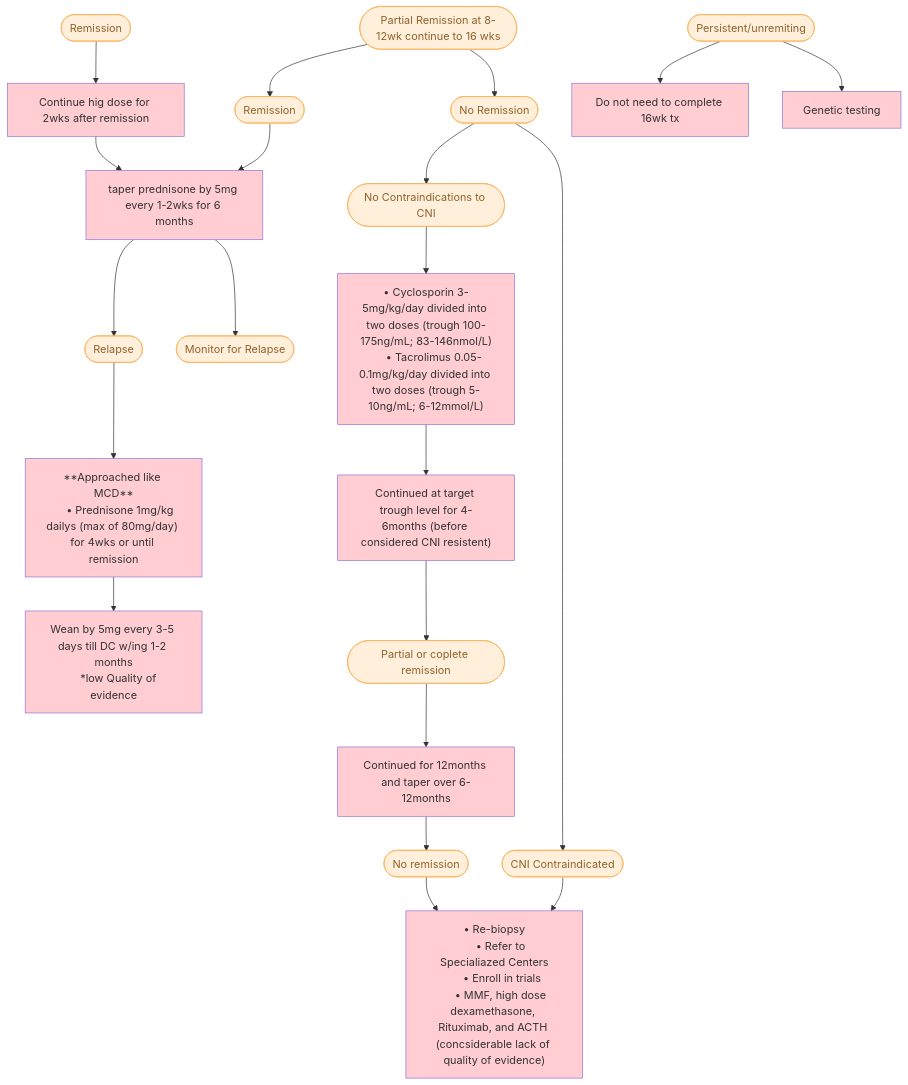
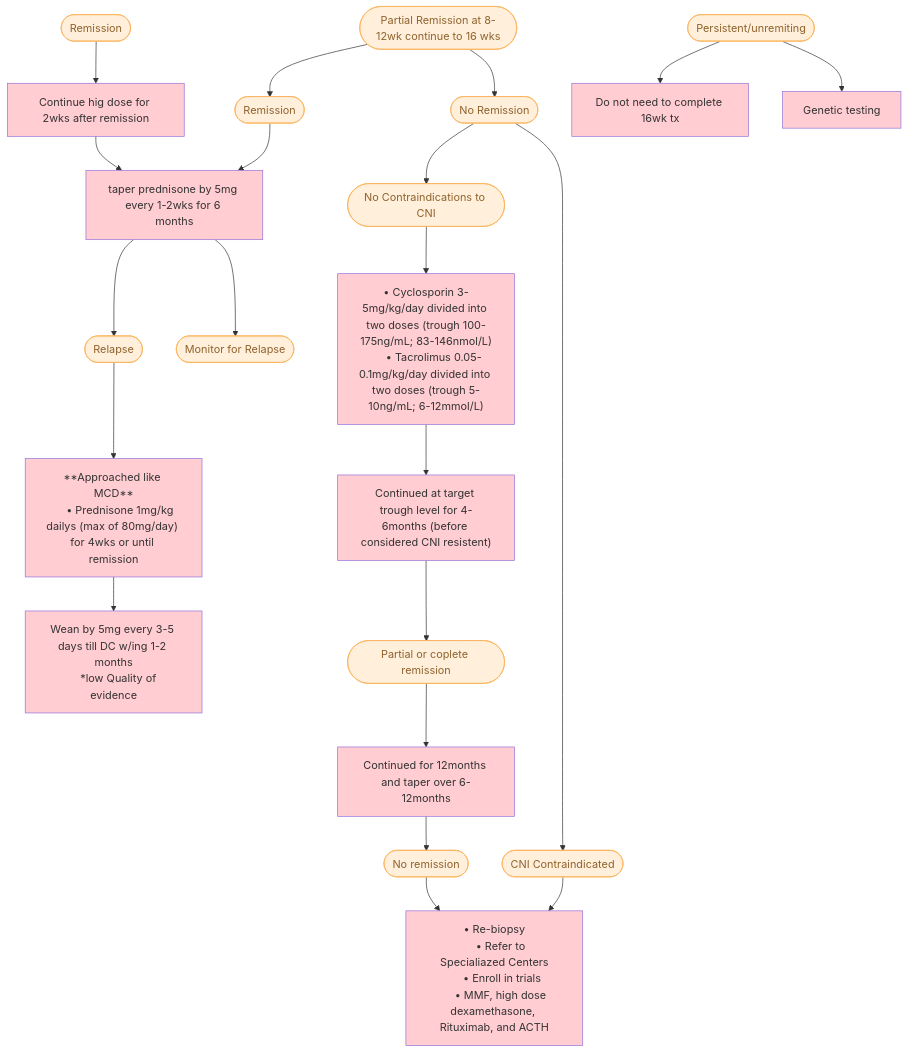
The third of 3 diagrams in docs/FSGS.md (TTUNEPH2025/GN), drawn with Mermaid before and after one commit. The commit also changed other lines of this file, not shown here.

````diff
--- a/docs/FSGS.md
+++ b/docs/FSGS.md
@@ -142,48 +142,48 @@
 ```mermaid
 flowchart TD
     n6["Continue hig dose for 2wks after remission"] --> n7["taper prednisone by 5mg every 1-2wks for 6 months"]
     n7 --> n8(["Relapse"]) & n9(["Monitor for Relapse"])
     n8 --> n10["**Approached like MCD**
      • Prednisone 1mg/kg dailys (max of 80mg/day) for 4wks or until remission"]
     n10 --> n11["Wean by 5mg every 3-5 days till DC w/ing 1-2 months
     *low Quality of evidence"]
     n12(["Partial Remission at 8-12wk continue to 16 wks"]) --> n13(["Remission"]) & n14(["No Remission"])
     n13 --> n7
     n14 --> n21(["CNI Contraindicated"]) & n28(["No Contraindications to CNI"])
     n15["• Cyclosporin 3-5mg/kg/day divided into two doses (trough 100-175ng/mL; 83-146nmol/L)
      • Tacrolimus 0.05-0.1mg/kg/day divided into two doses (trough 5-10ng/mL; 6-12mmol/L)"] --> n16["Continued at target trough level for 4-6months (before considered CNI resistent)"]
     n16 --> n17(["Partial or coplete remission"])
     n17 --> n18["Continued for 12months and taper over 6-12months"]
     n18 --> n19(["No remission"])
     n19 --> n20["• Re-biopsy
      • Refer to Specialiazed Centers
      • Enroll in trials
-     • MMF, high dose dexamethasone, Rituximab, and ACTH (concsiderable lack of quality of evidence)"]
+     • MMF, high dose dexamethasone, Rituximab, and ACTH"]
     n21 --> n20
     n22(["Persistent/unremiting"]) --> n30["Do not need to complete 16wk tx"] & n23["Genetic testing"]
     n28 --> n15
     n29(["Remission"]) --> n6
      n8:::Peach
      n9:::Peach
      n12:::Peach
      n13:::Peach
      n14:::Peach
      n21:::Peach
      n28:::Peach
      n17:::Peach
      n19:::Peach
      n22:::Peach
      n23:::Class_01
      n29:::Peach
     classDef Peach stroke-width:1px, stroke-dasharray:none, stroke:#FBB35A, fill:#FFEFDB, color:#8F632D
     classDef Class_01 fill:#FFCDD2
     style n6 fill:#FFCDD2
     style n7 fill:#FFCDD2
     style n10 fill:#FFCDD2
     style n11 fill:#FFCDD2
     style n15 fill:#FFCDD2
     style n16 fill:#FFCDD2
     style n18 fill:#FFCDD2
     style n20 fill:#FFCDD2
     style n30 fill:#FFCDD2
 ```
````
